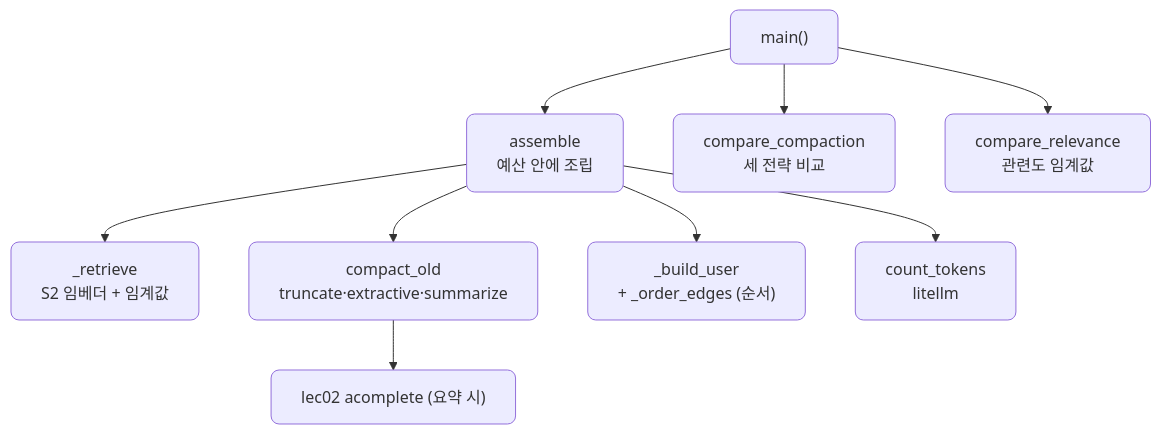
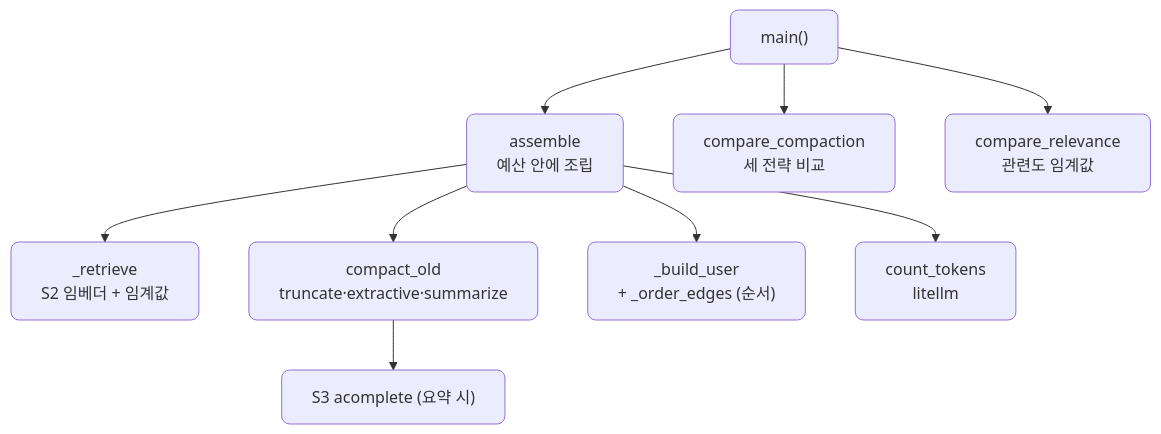
One commit to CodeCompose7/ai_service_engineering changed the fifth of 5 diagrams in docs/section4/lec01/README.md. Above: the diagram before and after it, drawn with Mermaid. The commit also changed 12 other files, not shown here.

````diff
--- a/docs/section4/lec01/README.md
+++ b/docs/section4/lec01/README.md
@@ -133,13 +133,13 @@
 ```mermaid
 flowchart TB
   MAIN["main()"]
   MAIN --> ASM["assemble<br/>예산 안에 조립"]
   MAIN --> CC["compare_compaction<br/>세 전략 비교"]
   MAIN --> CR["compare_relevance<br/>관련도 임계값"]
   ASM --> RET["_retrieve<br/>S2 임베더 + 임계값"]
   ASM --> CO["compact_old<br/>truncate·extractive·summarize"]
   ASM --> BU["_build_user<br/>+ _order_edges (순서)"]
   ASM --> TOK["count_tokens<br/>litellm"]
-  CO --> ALM["lec02 acomplete (요약 시)"]
+  CO --> ALM["S3 acomplete (요약 시)"]
   classDef default rx:8,ry:8;
 ```
````
